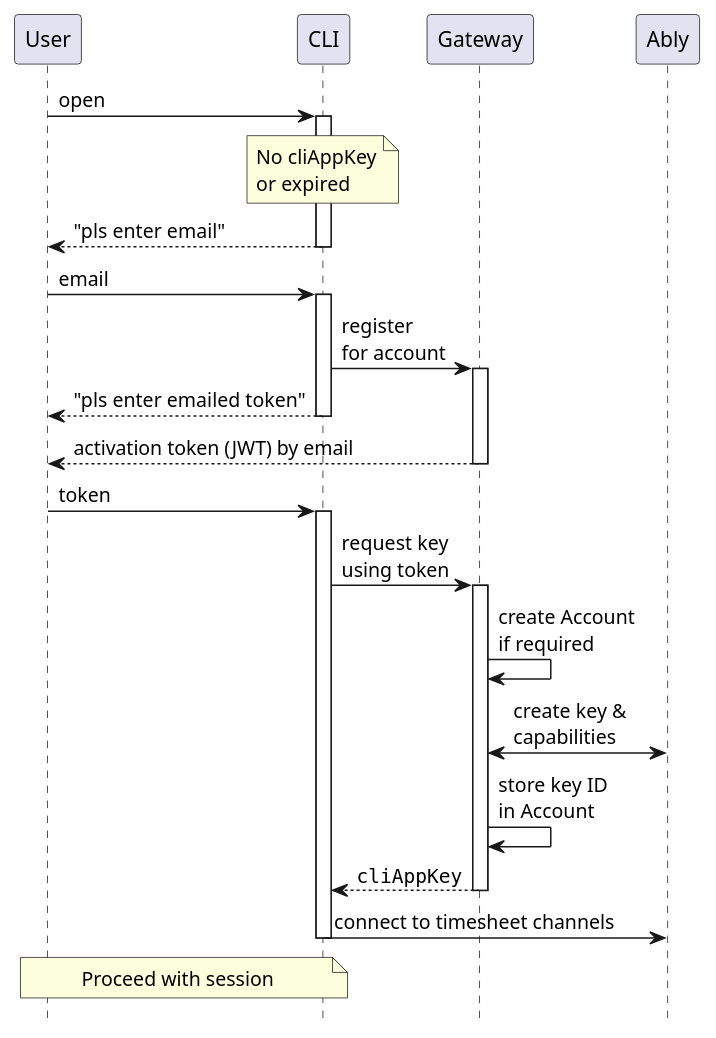
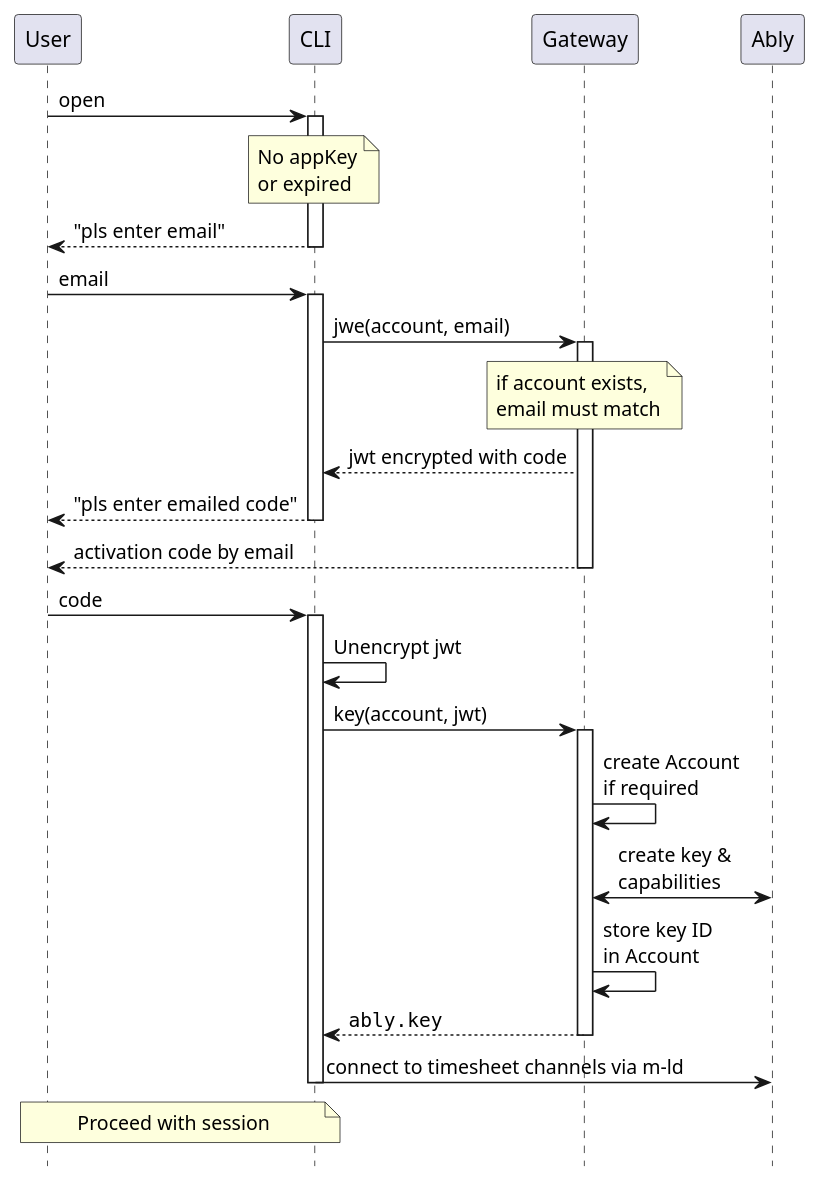
The diagram in architecture/security/register-cli.seq.puml (m-ld/timeld), drawn with PlantUML before and after one commit. The commit also changed 29 other files, not shown here.

```diff
--- a/architecture/security/register-cli.seq.puml
+++ b/architecture/security/register-cli.seq.puml
@@ -1,22 +1,27 @@
 @startuml
 'https://plantuml.com/sequence-diagram
 
 hide footbox
 
 User -> CLI ++: open
-note over CLI: No cliAppKey\nor expired
+note over CLI: No appKey\nor expired
 CLI --> User --: "pls enter email"
 User -> CLI ++: email
-CLI -> Gateway ++: register\nfor account
-CLI --> User --: "pls enter emailed token"
-Gateway --> User --: activation token (JWT) by email
-User -> CLI ++: token
-CLI -> Gateway ++: request key\nusing token
+CLI -> Gateway ++: jwe(account, email)
+note over Gateway: if account exists,\nemail must match
+Gateway --> CLI: jwt encrypted with code
+CLI --> User --: "pls enter emailed code"
+Gateway --> User --: activation code by email
+User -> CLI ++: code
+' TODO: brute force attack (look for a parseable JWT)
+CLI -> CLI: Unencrypt jwt
+' TODO: replay attack within JWT validity period
+CLI -> Gateway ++: key(account, jwt)
 Gateway -> Gateway: create Account\nif required
 Gateway <-> Ably: create key &\ncapabilities
 Gateway -> Gateway: store key ID\nin Account
-return ""cliAppKey""
-CLI -> Ably --: connect to timesheet channels
+return ""ably.key""
+CLI -> Ably --: connect to timesheet channels via m-ld
 note over User, CLI: Proceed with session
 
 @enduml
```
